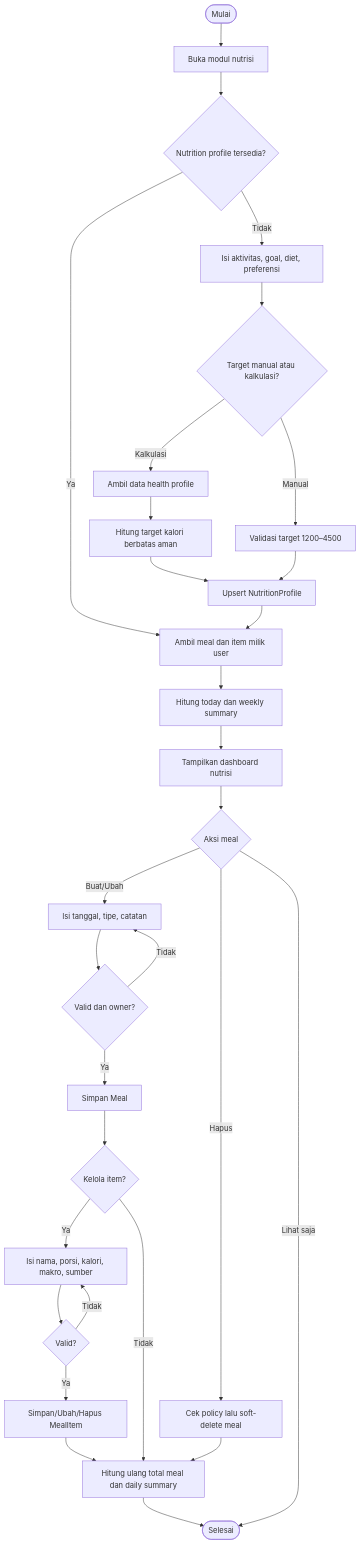
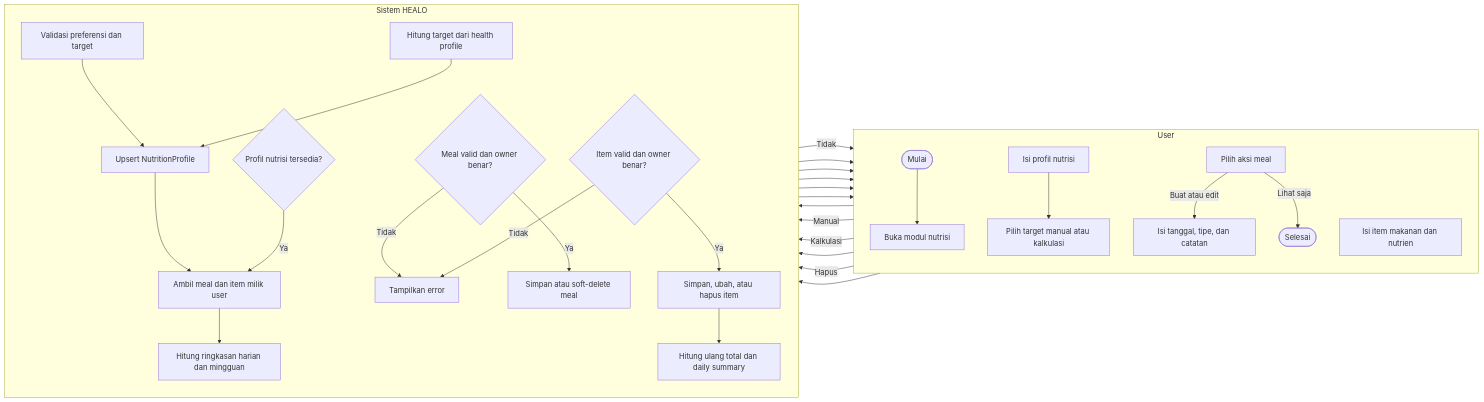
The fourth of 11 diagrams in docs/system-analysis/03-activity-diagrams.md (Daffa-Qiao/Healo), drawn with Mermaid before and after one commit. The commit also changed other lines of this file and 4 other files, not shown here.

Commit message:
renew diagram

````diff
--- a/docs/system-analysis/03-activity-diagrams.md
+++ b/docs/system-analysis/03-activity-diagrams.md
@@ -105,32 +149,48 @@
 ```mermaid
-flowchart TD
-    A([Mulai]) --> B[Buka modul nutrisi]
-    B --> C{Nutrition profile tersedia?}
-    C -- Tidak --> D[Isi aktivitas, goal, diet, preferensi]
-    D --> E{Target manual atau kalkulasi?}
-    E -- Kalkulasi --> F[Ambil data health profile]
-    F --> G[Hitung target kalori berbatas aman]
-    E -- Manual --> H[Validasi target 1200–4500]
-    G --> I[Upsert NutritionProfile]
-    H --> I
-    C -- Ya --> J[Ambil meal dan item milik user]
-    I --> J
-    J --> K[Hitung today dan weekly summary]
-    K --> L[Tampilkan dashboard nutrisi]
-    L --> M{Aksi meal}
-    M -- Buat/Ubah --> N[Isi tanggal, tipe, catatan]
-    N --> O{Valid dan owner?}
-    O -- Tidak --> N
-    O -- Ya --> P[Simpan Meal]
-    P --> Q{Kelola item?}
-    Q -- Ya --> R[Isi nama, porsi, kalori, makro, sumber]
-    R --> S{Valid?}
-    S -- Tidak --> R
-    S -- Ya --> T[Simpan/Ubah/Hapus MealItem]
-    T --> U[Hitung ulang total meal dan daily summary]
-    Q -- Tidak --> U
-    M -- Hapus --> V[Cek policy lalu soft-delete meal]
-    V --> U
-    U --> W([Selesai])
-    M -- Lihat saja --> W
+flowchart LR
+    subgraph U["User"]
+        direction TB
+        U1([Mulai])
+        U2[Buka modul nutrisi]
+        U3[Isi profil nutrisi]
+        U4[Pilih target manual atau kalkulasi]
+        U5[Pilih aksi meal]
+        U6[Isi tanggal, tipe, dan catatan]
+        U7[Isi item makanan dan nutrien]
+        U8([Selesai])
+    end
+
+    subgraph S["Sistem HEALO"]
+        direction TB
+        S1{Profil nutrisi tersedia?}
+        S2[Validasi preferensi dan target]
+        S3[Hitung target dari health profile]
+        S4[Upsert NutritionProfile]
+        S5[Ambil meal dan item milik user]
+        S6[Hitung ringkasan harian dan mingguan]
+        S7{Meal valid dan owner benar?}
+        S8[Simpan atau soft-delete meal]
+        S9{Item valid dan owner benar?}
+        S10[Simpan, ubah, atau hapus item]
+        S11[Hitung ulang total dan daily summary]
+        S12[Tampilkan error]
+    end
+
+    U1 --> U2 --> S1
+    S1 -- Tidak --> U3 --> U4
+    U4 -- Manual --> S2
+    U4 -- Kalkulasi --> S3
+    S2 --> S4
+    S3 --> S4
+    S4 --> S5
+    S1 -- Ya --> S5
+    S5 --> S6 --> U5
+    U5 -- Buat atau edit --> U6 --> S7
+    U5 -- Hapus --> S7
+    S7 -- Tidak --> S12 --> U5
+    S7 -- Ya --> S8 --> U7
+    U7 --> S9
+    S9 -- Tidak --> S12 --> U7
+    S9 -- Ya --> S10 --> S11 --> U8
+    U5 -- Lihat saja --> U8
 ```
````
